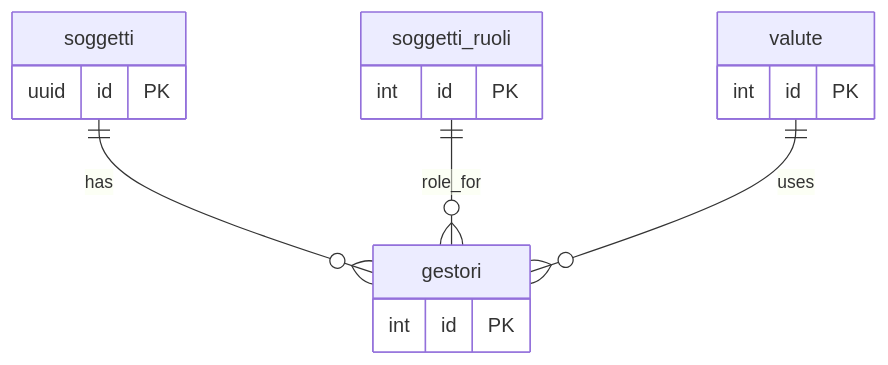
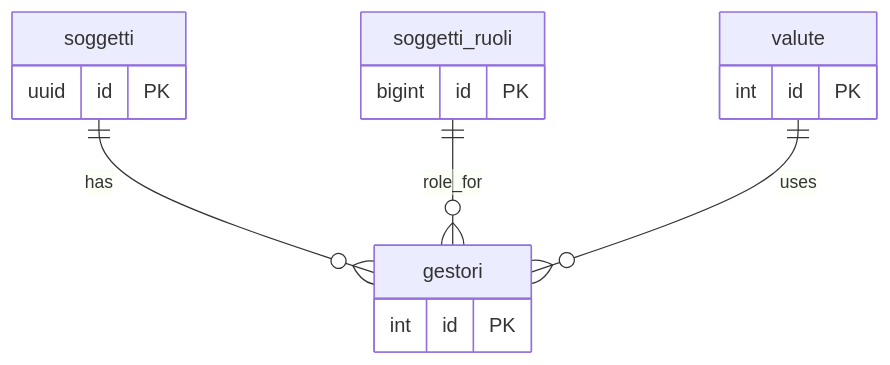
The diagram in docs/it/dbzero/anagrafiche/manual/gestori.md (Tito-it/ZeroErp), drawn with Mermaid before and after one commit. The commit also changed other lines of this file and 33 other files, not shown here.

````diff
--- a/docs/it/dbzero/anagrafiche/manual/gestori.md
+++ b/docs/it/dbzero/anagrafiche/manual/gestori.md
@@ -151,13 +151,13 @@
 ```mermaid
 %%{init: {'er': {'layoutDirection': 'TB'}}}%%
 erDiagram
     soggetti       ||--o{ gestori : has
     soggetti_ruoli ||--o{ gestori : role_for
     valute         ||--o{ gestori : uses
 
     soggetti       { uuid id PK }
-    soggetti_ruoli { int  id PK }
+    soggetti_ruoli { bigint  id PK }
     valute         { int  id PK }
     gestori        { int  id PK }
 
 ```
````
